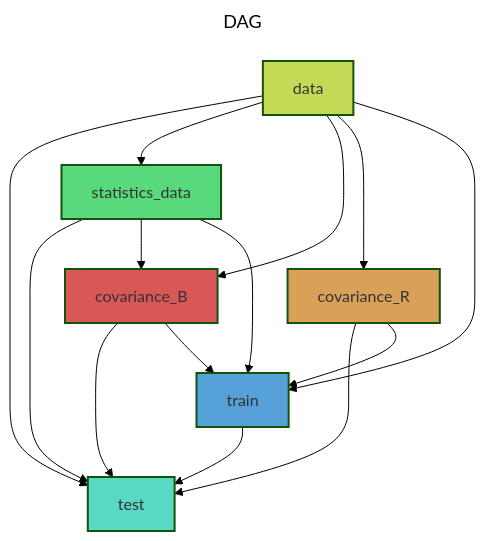
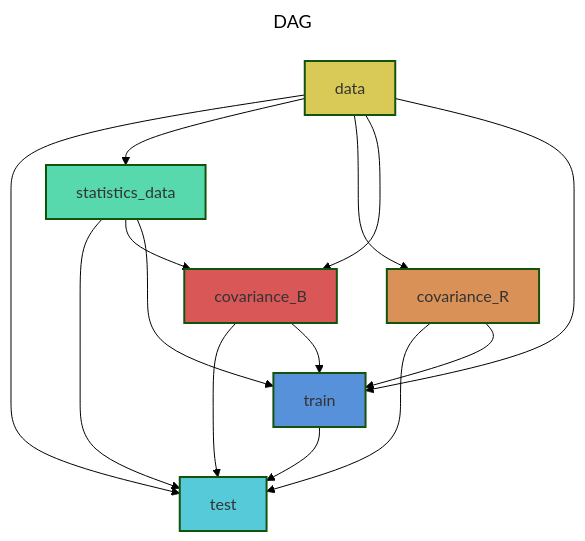
One commit to tremblaybenoit/RACCOONN changed the diagram in inverse/train_dag.mmd. Above: the diagram before and after it, drawn with Mermaid (forest theme). The commit also changed 37 other files, not shown here.

```diff
--- a/inverse/train_dag.mmd
+++ b/inverse/train_dag.mmd
@@ -1,29 +1,29 @@
 ---
 title: DAG
 ---
 flowchart TB
 	id0[test]
 	id1[data]
 	id2[statistics_data]
-	id3[covariance_B]
-	id4[covariance_R]
+	id3[covariance_R]
+	id4[covariance_B]
 	id5[train]
-	style id0 fill:#57D9C6,stroke-width:2px,color:#333333
-	style id1 fill:#C6D957,stroke-width:2px,color:#333333
-	style id2 fill:#57D97C,stroke-width:2px,color:#333333
-	style id3 fill:#D95757,stroke-width:2px,color:#333333
-	style id4 fill:#D9A157,stroke-width:2px,color:#333333
-	style id5 fill:#57A1D9,stroke-width:2px,color:#333333
+	style id0 fill:#57CAD9,stroke-width:2px,color:#333333
+	style id1 fill:#D9CA57,stroke-width:2px,color:#333333
+	style id2 fill:#57D9AD,stroke-width:2px,color:#333333
+	style id3 fill:#D99157,stroke-width:2px,color:#333333
+	style id4 fill:#D95757,stroke-width:2px,color:#333333
+	style id5 fill:#5791D9,stroke-width:2px,color:#333333
+	id5 --> id0
+	id3 --> id0
+	id1 --> id0
 	id2 --> id0
-	id1 --> id0
-	id5 --> id0
 	id4 --> id0
-	id3 --> id0
 	id1 --> id2
 	id1 --> id3
-	id2 --> id3
 	id1 --> id4
+	id2 --> id4
 	id1 --> id5
-	id4 --> id5
 	id2 --> id5
 	id3 --> id5
+	id4 --> id5
```
